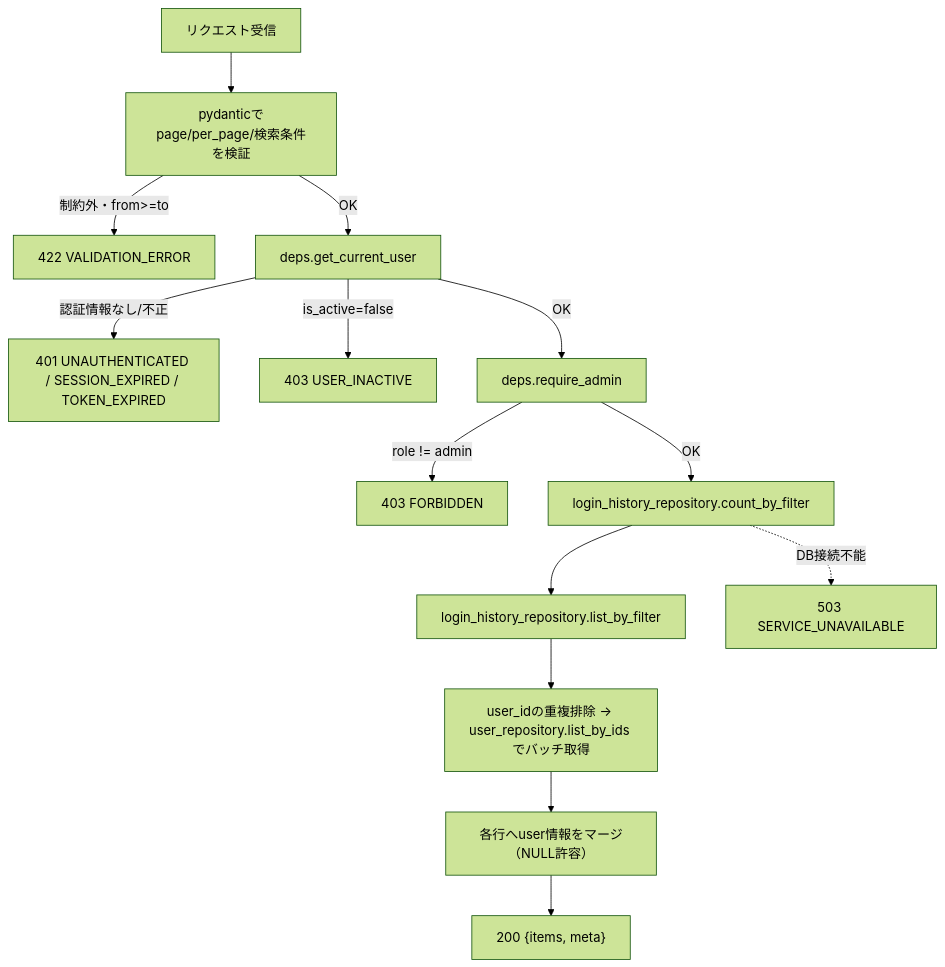
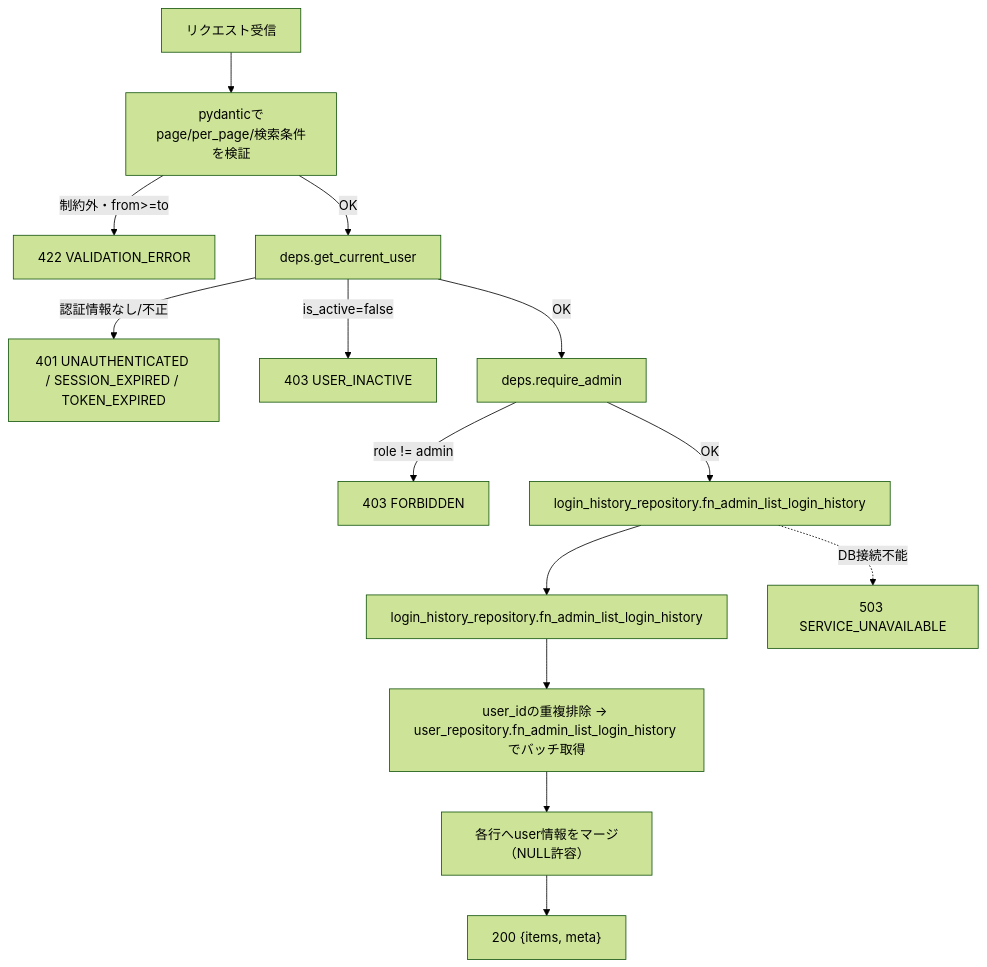
Before and after one commit to oikawa-d/task_management: the second of 4 diagrams in detailed_design/api/admin/07_get_admin_login_history.md, drawn with Mermaid (forest theme). The commit also changed other lines of this file and 58 other files, not shown here.

````diff
--- a/detailed_design/api/admin/07_get_admin_login_history.md
+++ b/detailed_design/api/admin/07_get_admin_login_history.md
@@ -140,16 +140,16 @@
 ```mermaid
 flowchart TB
     A["リクエスト受信"] --> B["pydanticでpage/per_page/検索条件を検証"]
     B -->|"制約外・from>=to"| B1["422 VALIDATION_ERROR"]
     B -->|"OK"| C["deps.get_current_user"]
     C -->|"認証情報なし/不正"| C1["401 UNAUTHENTICATED / SESSION_EXPIRED / TOKEN_EXPIRED"]
     C -->|"is_active=false"| C2["403 USER_INACTIVE"]
     C -->|"OK"| E["deps.require_admin"]
     E -->|"role != admin"| E1["403 FORBIDDEN"]
-    E -->|"OK"| F["login_history_repository.count_by_filter"]
-    F --> G["login_history_repository.list_by_filter"]
-    G --> H["user_idの重複排除 → user_repository.list_by_ids でバッチ取得"]
+    E -->|"OK"| F["login_history_repository.fn_admin_list_login_history"]
+    F --> G["login_history_repository.fn_admin_list_login_history"]
+    G --> H["user_idの重複排除 → user_repository.fn_admin_list_login_history でバッチ取得"]
     H --> I["各行へuser情報をマージ（NULL許容）"]
     I --> J["200 {items, meta}"]
     F -.->|"DB接続不能"| K["503 SERVICE_UNAVAILABLE"]
 ```
````
